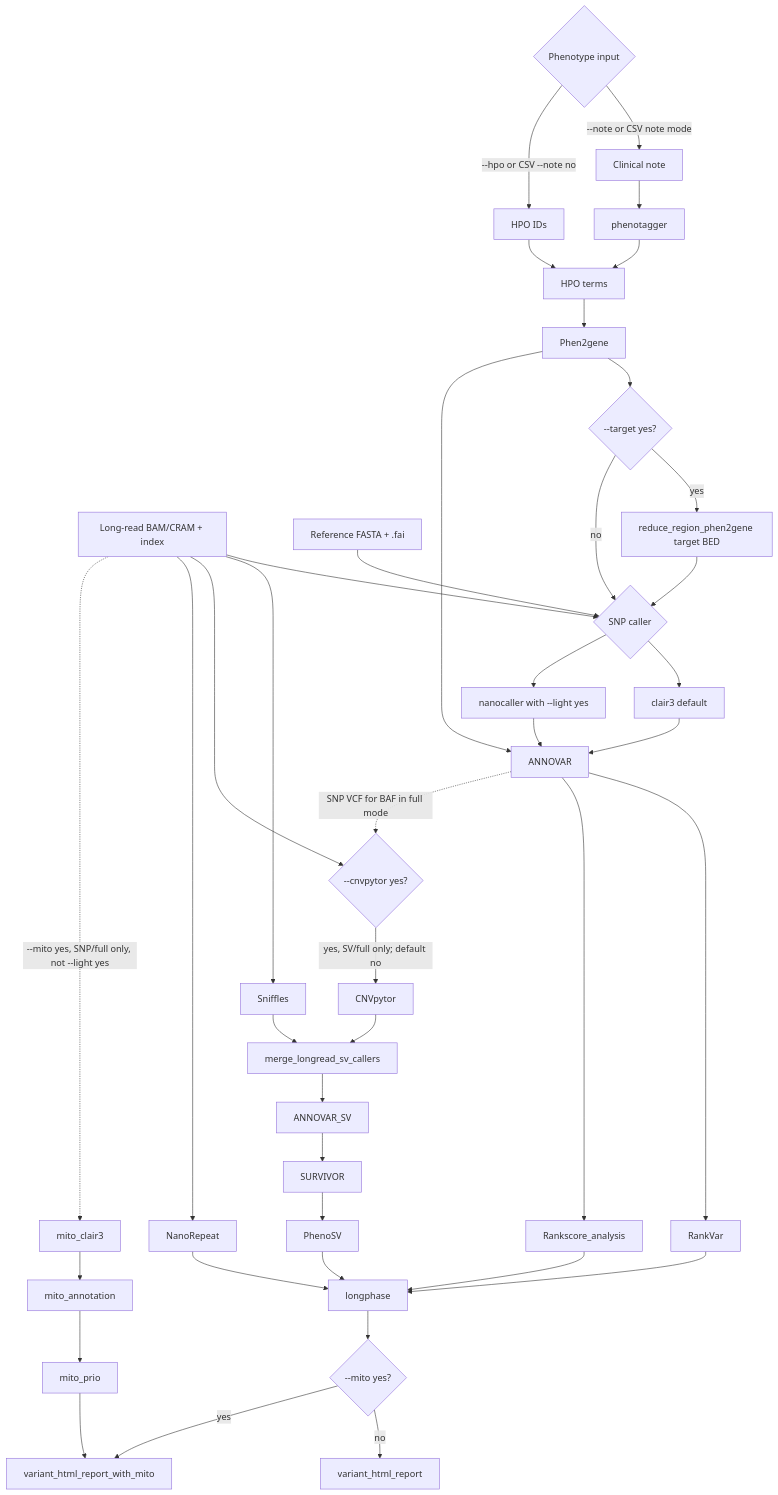
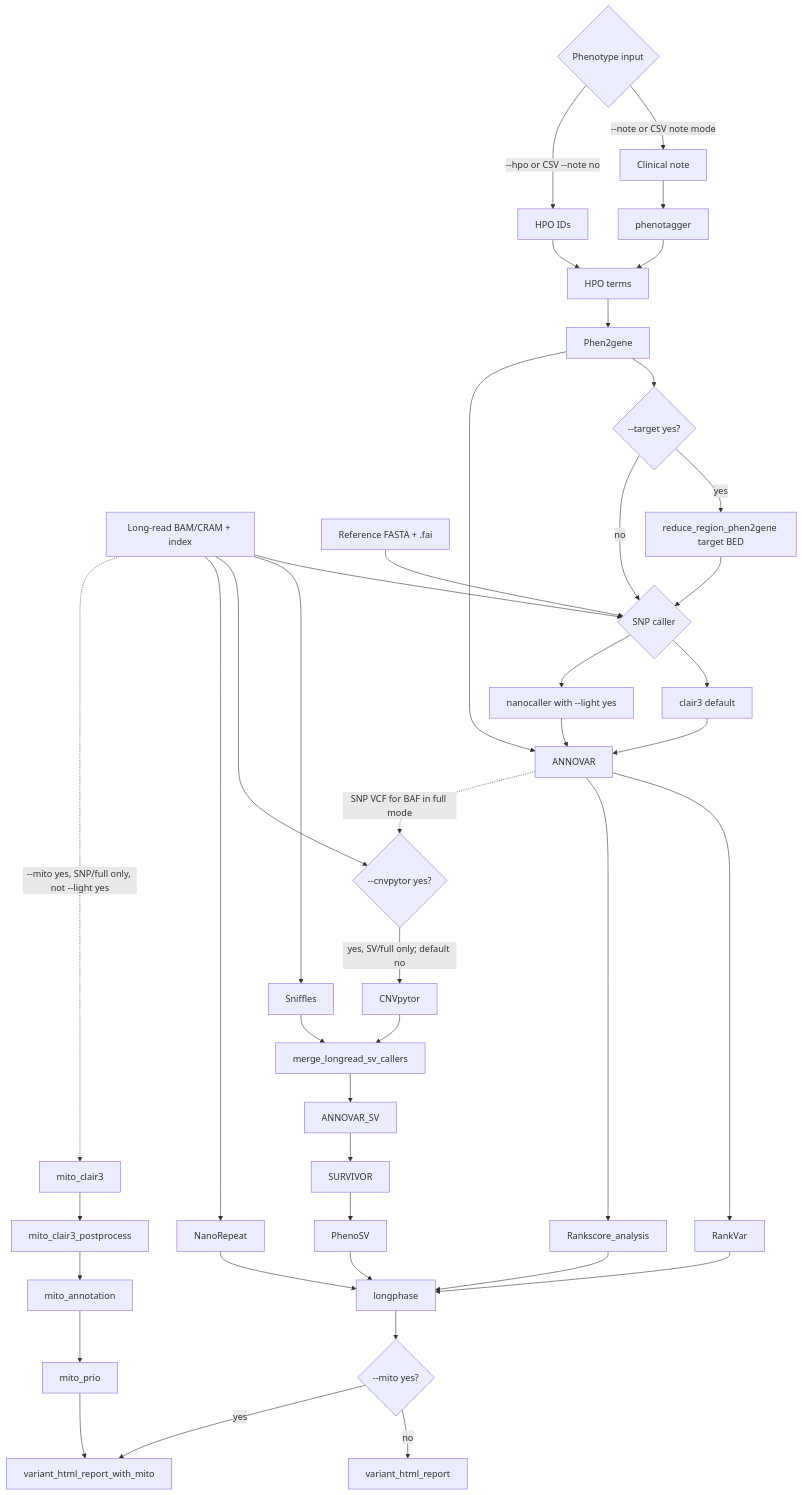
One commit to WGLab/PipeVar changed the sixth of 7 diagrams in docs/WORKFLOW.md. Above: the diagram before and after it, drawn with Mermaid. The commit also changed other lines of this file and 48 other files, not shown here.

````diff
--- a/docs/WORKFLOW.md
+++ b/docs/WORKFLOW.md
@@ -324,62 +325,63 @@
 ```mermaid
 flowchart TD
     input["Long-read BAM/CRAM + index"]
     ref["Reference FASTA + .fai"]
     phenoChoice{"Phenotype input"}
     note["Clinical note"]
     hpoFile["HPO IDs"]
     tagger["phenotagger"]
     hpo["HPO terms"]
     p2g["Phen2gene"]
     targetChoice{"--target yes?"}
     targetBed["reduce_region_phen2gene target BED"]
     snpCaller{"SNP caller"}
     clair3["clair3 default"]
     nanocaller["nanocaller with --light yes"]
     annovar["ANNOVAR"]
     rankvar["RankVar"]
     rankscore["Rankscore_analysis"]
     sniffles["Sniffles"]
     cnvpytorChoice{"--cnvpytor yes?"}
     cnvpytor["CNVpytor"]
     mergeSv["merge_longread_sv_callers"]
     annovarSv["ANNOVAR_SV"]
     survivor["SURVIVOR"]
     phenosv["PhenoSV"]
     repeat["NanoRepeat"]
     longphase["longphase"]
     html{"--mito yes?"}
     report["variant_html_report"]
     reportMito["variant_html_report_with_mito"]
     mitoClair3["mito_clair3"]
+    mitoClair3Post["mito_clair3_postprocess"]
     mitoAnno["mito_annotation"]
     mitoPrio["mito_prio"]
 
     input --> snpCaller
     ref --> snpCaller
     phenoChoice -->|"--note or CSV note mode"| note --> tagger --> hpo
     phenoChoice -->|"--hpo or CSV --note no"| hpoFile --> hpo
     hpo --> p2g --> targetChoice
     targetChoice -->|"yes"| targetBed --> snpCaller
     targetChoice -->|"no"| snpCaller
     snpCaller --> clair3 --> annovar
     snpCaller --> nanocaller --> annovar
     p2g --> annovar
     annovar --> rankvar --> longphase
     annovar --> rankscore --> longphase
 
     input --> sniffles
     input --> cnvpytorChoice
     annovar -.->|"SNP VCF for BAF in full mode"| cnvpytorChoice
     cnvpytorChoice -->|"yes, SV/full only; default no"| cnvpytor
     sniffles --> mergeSv
     cnvpytor --> mergeSv
     mergeSv --> annovarSv --> survivor --> phenosv --> longphase
 
     input --> repeat --> longphase
     longphase --> html
     html -->|"no"| report
     html -->|"yes"| reportMito
 
-    input -.->|"--mito yes, SNP/full only, not --light yes"| mitoClair3 --> mitoAnno --> mitoPrio --> reportMito
+    input -.->|"--mito yes, SNP/full only, not --light yes"| mitoClair3 --> mitoClair3Post --> mitoAnno --> mitoPrio --> reportMito
 ```
````
